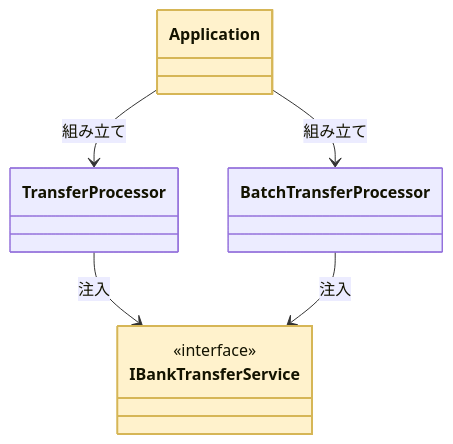
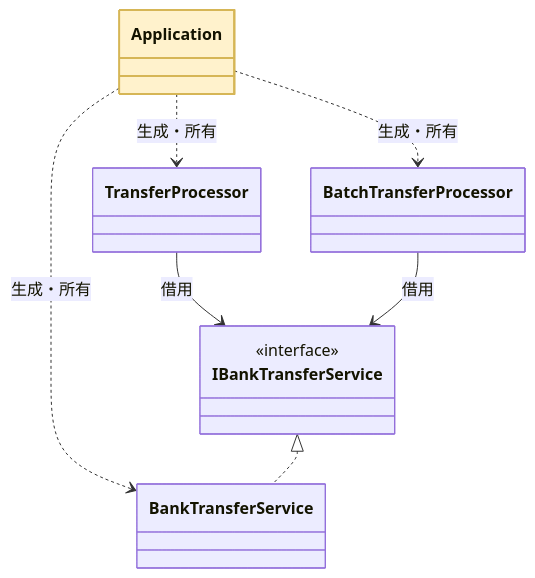
One commit to kumachan1101-pixel/DesignPattern changed diagram 11 of 17 in kindle/design-patterns/output/chapter02.md. Above: the diagram before and after it, drawn with Mermaid. The commit also changed other lines of this file, not shown here.

````diff
--- a/kindle/design-patterns/output/chapter02.md
+++ b/kindle/design-patterns/output/chapter02.md
@@ -1581,14 +1951,16 @@
 ```mermaid
 classDiagram
     class Application
     class TransferProcessor
     class BatchTransferProcessor
     class IBankTransferService { <<interface>> }
-    Application --> TransferProcessor : 組み立て
-    Application --> BatchTransferProcessor : 組み立て
-    TransferProcessor --> IBankTransferService : 注入
-    BatchTransferProcessor --> IBankTransferService : 注入
+    class BankTransferService
+    Application ..> BankTransferService : 生成・所有
+    Application ..> TransferProcessor : 生成・所有
+    Application ..> BatchTransferProcessor : 生成・所有
+    TransferProcessor --> IBankTransferService : 借用
+    BatchTransferProcessor --> IBankTransferService : 借用
+    IBankTransferService <|.. BankTransferService
     class Application:::focus
-    class IBankTransferService:::focus
     classDef focus fill:#FFF2CC,stroke:#D6B656,stroke-width:2px
 ```
````
